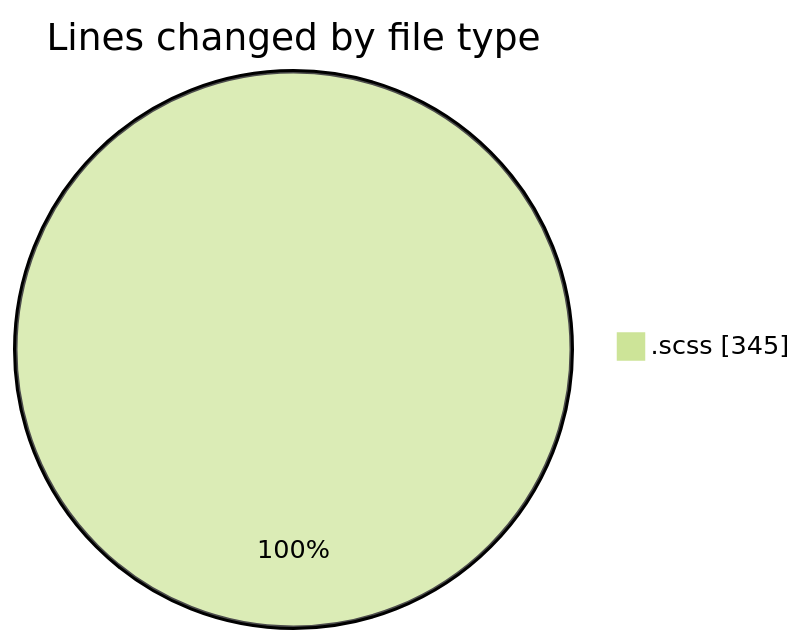
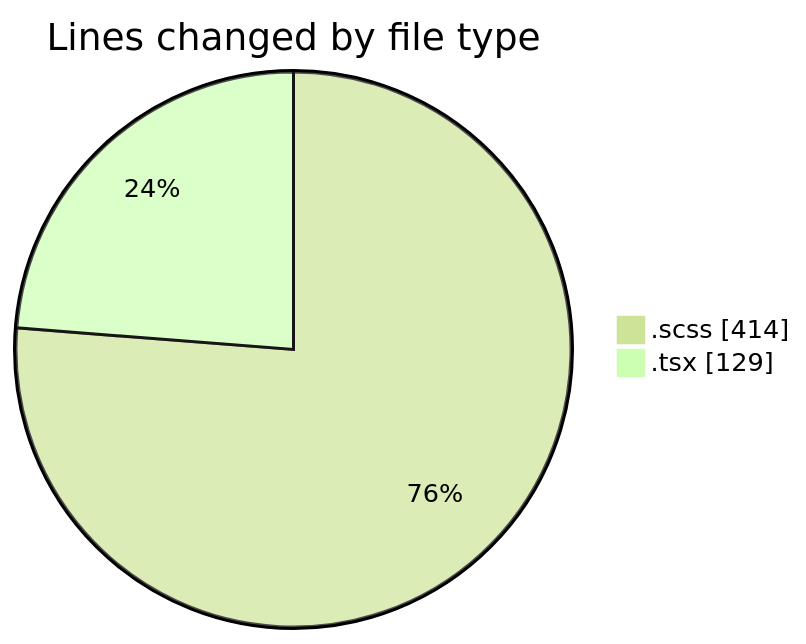
One commit to momahboobian/code-tracking changed the first of 2 diagrams in 2025-03-02/cda/README.md. Above: the diagram before and after it, drawn with Mermaid (forest theme). The commit also changed other lines of this file and 1 other file, not shown here.

````diff
--- a/2025-03-02/cda/README.md
+++ b/2025-03-02/cda/README.md
@@ -21,5 +25,6 @@
 ```mermaid
 pie showData
 title Lines changed by file type
-".scss" : 345
+".scss" : 414
+".tsx" : 129
 ```
````
